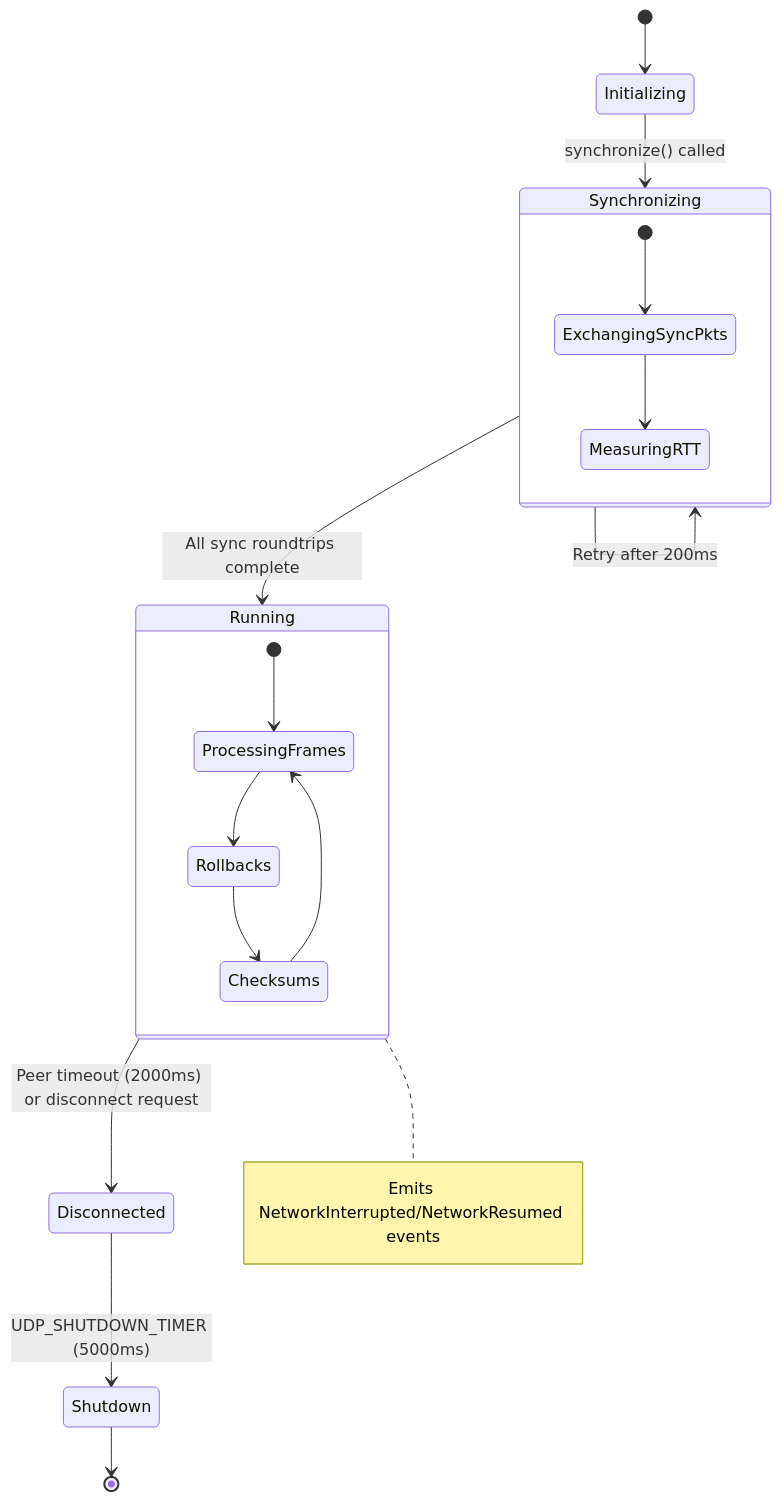
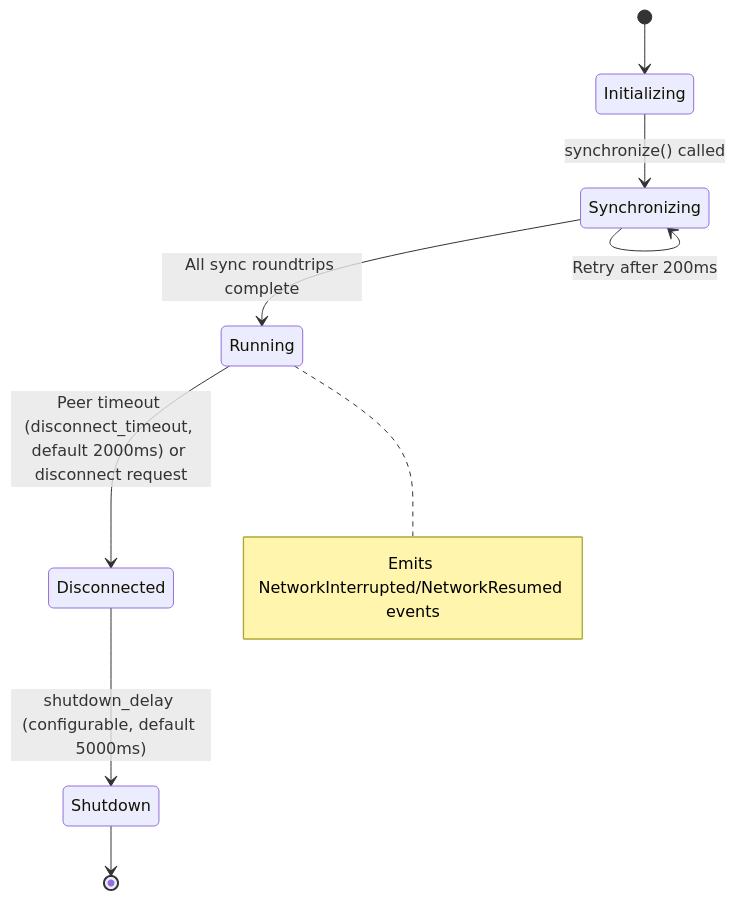
Before and after one commit to wallstop/fortress-rollback: the third of 5 diagrams in docs/architecture.md, drawn with Mermaid. The commit also changed other lines of this file and 30 other files, not shown here.

````diff
--- a/docs/architecture.md
+++ b/docs/architecture.md
@@ -603,27 +652,15 @@
 ```mermaid
 stateDiagram-v2
     [*] --> Initializing
 
     Initializing --> Synchronizing: synchronize() called
 
     Synchronizing --> Running: All sync roundtrips complete
     Synchronizing --> Synchronizing: Retry after 200ms
 
-    Running --> Disconnected: Peer timeout (2000ms) or disconnect request
+    Running --> Disconnected: Peer timeout (disconnect_timeout, default 2000ms) or disconnect request
     note right of Running: Emits NetworkInterrupted/NetworkResumed events
 
-    Disconnected --> Shutdown: UDP_SHUTDOWN_TIMER (5000ms)
+    Disconnected --> Shutdown: shutdown_delay (configurable, default 5000ms)
     Shutdown --> [*]
-
-    state Synchronizing {
-        [*] --> ExchangingSyncPkts
-        ExchangingSyncPkts --> MeasuringRTT
-    }
-
-    state Running {
-        [*] --> ProcessingFrames
-        ProcessingFrames --> Rollbacks
-        Rollbacks --> Checksums
-        Checksums --> ProcessingFrames
-    }
 ```
````
